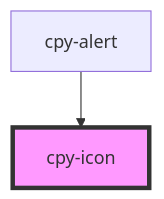
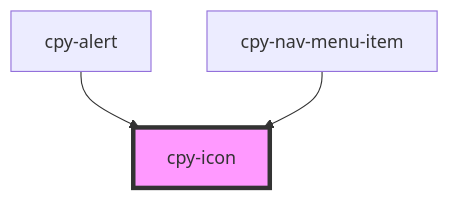
One commit to Lith1um/Canopy-Stencil changed the diagram in stencil-lib/src/components/icon/readme.md. Above: the diagram before and after it, drawn with Mermaid. The commit also changed other lines of this file and 14 other files, not shown here.

Commit message:
Adding nav-menu component

````diff
--- a/stencil-lib/src/components/icon/readme.md
+++ b/stencil-lib/src/components/icon/readme.md
@@ -15,5 +16,6 @@
 ```mermaid
 graph TD;
   cpy-alert --> cpy-icon
+  cpy-nav-menu-item --> cpy-icon
   style cpy-icon fill:#f9f,stroke:#333,stroke-width:4px
 ```
````
